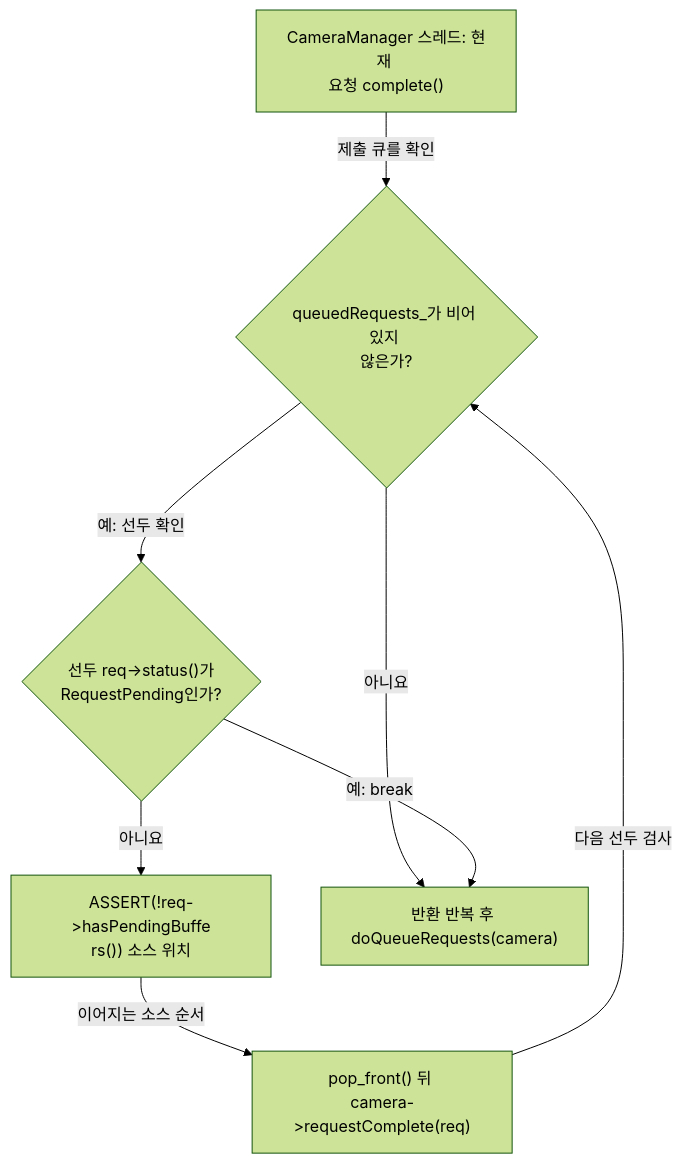
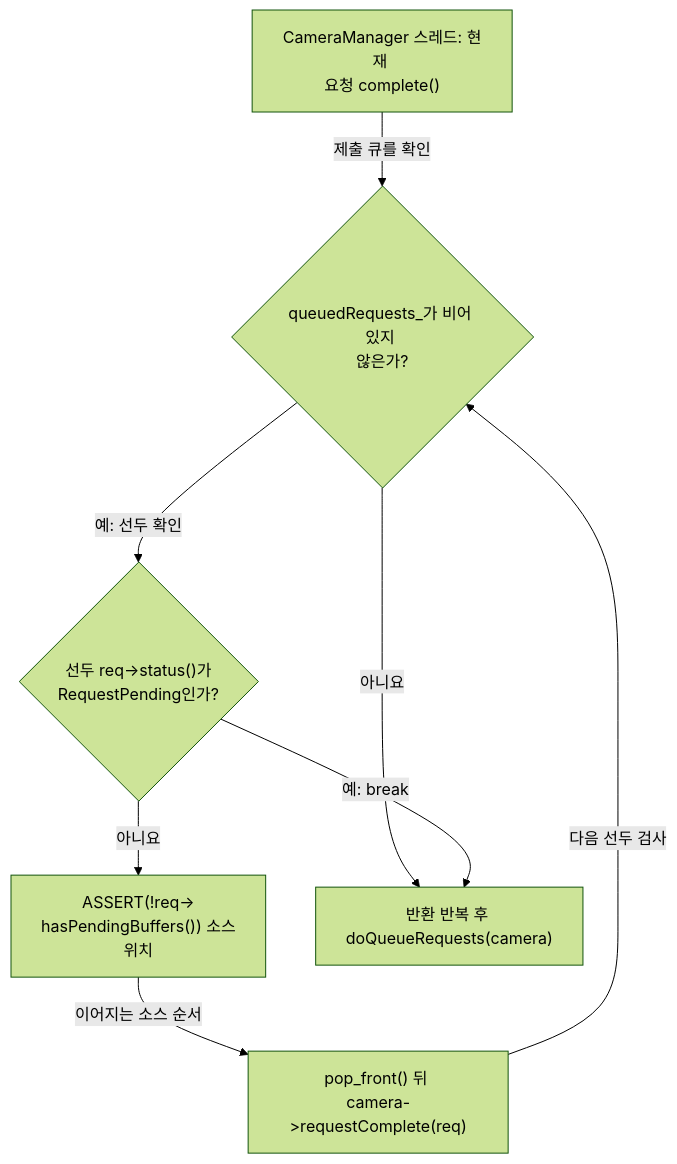
The diagram in docs/request-diagnosis.diagnosis-submission-order-completion.mmd (TTolsun/libcamera-sdd), drawn with Mermaid (forest theme) before and after one commit. The commit also changed 88 other files, not shown here.

Commit message:
Publish readable opening scale for bilingual diagrams

```diff
--- a/docs/request-diagnosis.diagnosis-submission-order-completion.mmd
+++ b/docs/request-diagnosis.diagnosis-submission-order-completion.mmd
@@ -1,15 +1,15 @@
 flowchart TB
-%% sdd:translations {"ASSERT#40;#33;req-#62;hasPendingBuffe<br/>rs#40;#41;#41; 소스 위치": "Source location of <br/>ASSERT#40;#33;req-#62;hasPendingBuffe<br/>rs#40;#41;#41;", "CameraManager 스레드: 현재 <br/>요청 complete#40;#41;": "CameraManager thread: <br/>complete#40;#41; current request", "pop#95;front#40;#41; 뒤 <br/>camera-#62;requestComplete#40;req#41;": "pop#95;front#40;#41; then <br/>camera-#62;requestComplete#40;req#41;", "queuedRequests#95;가 비어 있지 <br/>않은가?": "Is queuedRequests#95; nonempty?", "다음 선두 검사": "Inspect next front", "반환 반복 후 <br/>doQueueRequests#40;camera#41;": "doQueueRequests#40;camera#41; <br/>after return loop", "선두 req-#62;status#40;#41;가 <br/>RequestPending인가?": "Is front req-#62;status#40;#41; <br/>RequestPending?", "아니요": "No", "예: break": "Yes: break", "예: 선두 확인": "Yes: inspect front", "이어지는 소스 순서": "Following source order", "제출 큐를 확인": "Inspect submission queue"}
+%% sdd:translations {"ASSERT#40;#33;req-#62;<br/>hasPendingBuffers#40;#41;#41; 소스 <br/>위치": "Source location of <br/>ASSERT#40;#33;req-#62;<br/>hasPendingBuffers#40;#41;#41;", "CameraManager 스레드: 현재 <br/>요청 complete#40;#41;": "CameraManager thread: <br/>complete#40;#41; current request", "pop#95;front#40;#41; 뒤 <br/>camera-#62;requestComplete#40;req#41;": "pop#95;front#40;#41; then <br/>camera-#62;requestComplete#40;req#41;", "queuedRequests#95;가 비어 있지 <br/>않은가?": "Is queuedRequests#95; nonempty?", "다음 선두 검사": "Inspect next front", "반환 반복 후 <br/>doQueueRequests#40;camera#41;": "doQueueRequests#40;camera#41; <br/>after return loop", "선두 req-#62;status#40;#41;가 <br/>RequestPending인가?": "Is front req-#62;status#40;#41; <br/>RequestPending?", "아니요": "No", "예: break": "Yes: break", "예: 선두 확인": "Yes: inspect front", "이어지는 소스 순서": "Following source order", "제출 큐를 확인": "Inspect submission queue"}
   v_entry["CameraManager 스레드: 현재 <br/>요청 complete#40;#41;"]
   v_queue{"queuedRequests#95;가 비어 있지 <br/>않은가?"}
   v_pending{"선두 req-#62;status#40;#41;가 <br/>RequestPending인가?"}
-  v_assertion["ASSERT#40;#33;req-#62;hasPendingBuffe<br/>rs#40;#41;#41; 소스 위치"]
+  v_assertion["ASSERT#40;#33;req-#62;<br/>hasPendingBuffers#40;#41;#41; 소스 <br/>위치"]
   v_notify["pop#95;front#40;#41; 뒤 <br/>camera-#62;requestComplete#40;req#41;"]
   v_end["반환 반복 후 <br/>doQueueRequests#40;camera#41;"]
   v_entry -->|"제출 큐를 확인"| v_queue
   v_queue -->|"예: 선두 확인"| v_pending
   v_queue -->|"아니요"| v_end
   v_pending -->|"예: break"| v_end
   v_pending -->|"아니요"| v_assertion
   v_assertion -->|"이어지는 소스 순서"| v_notify
   v_notify -->|"다음 선두 검사"| v_queue
```
